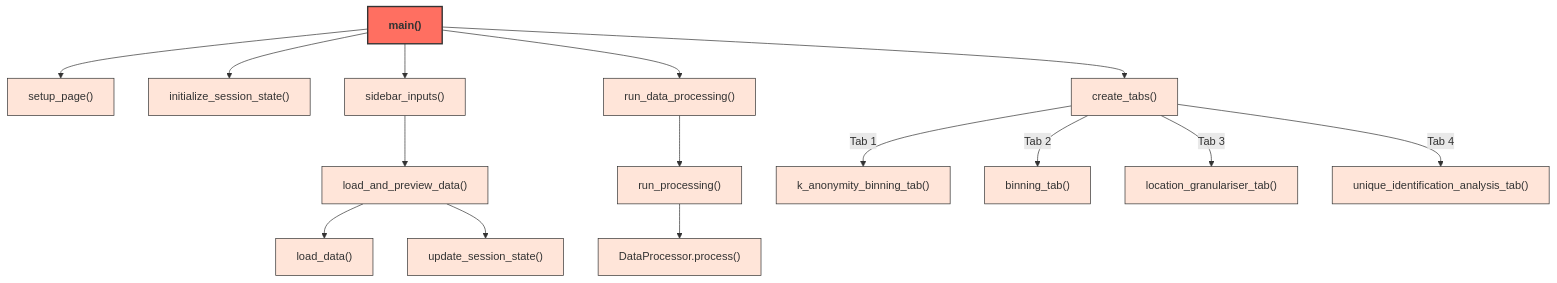
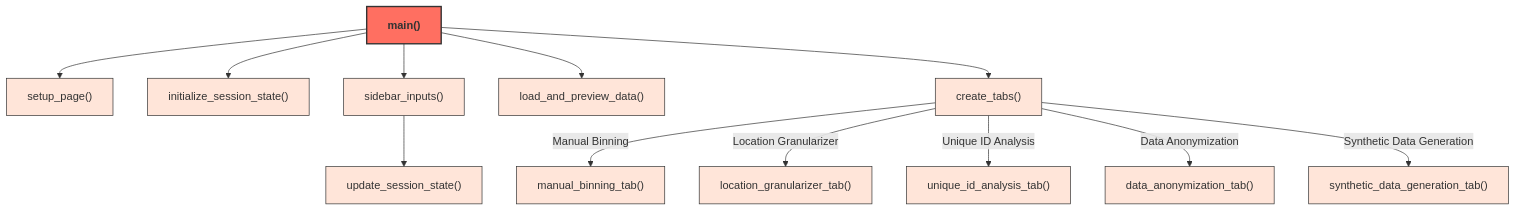
The first of 2 diagrams in README.md (MaLoskins/Deidentification_App), drawn with Mermaid before and after one commit. The commit also changed other lines of this file and 7 other files, not shown here.

Commit message:
Added Synthetic Data set, Updated Anonymizer

````diff
--- a/README.md
+++ b/README.md
@@ -130,28 +73,24 @@
 ```mermaid
 flowchart TD
     %% Define styles for clarity
     classDef mainModule fill:#FF6F61,stroke:#333,stroke-width:2px, font-weight:bold;
     classDef functionStyle fill:#FFE5D9,stroke:#333,stroke-width:1px;
     
     %% Main Application Module
     main["main()"]:::functionStyle --> setup_page["setup_page()"]:::functionStyle
     main --> initialize_session_state["initialize_session_state()"]:::functionStyle
     main --> sidebar_inputs["sidebar_inputs()"]:::functionStyle
-    main --> run_data_processing["run_data_processing()"]:::functionStyle
+    main --> load_and_preview_data["load_and_preview_data()"]:::functionStyle
     main --> create_tabs["create_tabs()"]:::functionStyle
 
-    sidebar_inputs --> load_and_preview_data["load_and_preview_data()"]:::functionStyle
-    load_and_preview_data --> load_data_util["load_data()"]:::functionStyle
-    load_and_preview_data --> update_session_state1["update_session_state()"]:::functionStyle
+    sidebar_inputs --> update_session_state["update_session_state()"]:::functionStyle
 
-    run_data_processing --> run_processing_util["run_processing()"]:::functionStyle
-    run_processing_util --> process["DataProcessor.process()"]:::functionStyle
-
-    create_tabs -->|Tab 1| k_anonymity_binning_tab["k_anonymity_binning_tab()"]:::functionStyle
-    create_tabs -->|Tab 2| binning_tab["binning_tab()"]:::functionStyle
-    create_tabs -->|Tab 3| location_granulariser_tab["location_granulariser_tab()"]:::functionStyle
-    create_tabs -->|Tab 4| unique_identification_analysis_tab["unique_identification_analysis_tab()"]:::functionStyle
+    create_tabs -->|Manual Binning| manual_binning_tab["manual_binning_tab()"]:::functionStyle
+    create_tabs -->|Location Granularizer| location_granularizer_tab["location_granularizer_tab()"]:::functionStyle
+    create_tabs -->|Unique ID Analysis| unique_id_analysis_tab["unique_id_analysis_tab()"]:::functionStyle
+    create_tabs -->|Data Anonymization| data_anonymization_tab["data_anonymization_tab()"]:::functionStyle
+    create_tabs -->|Synthetic Data Generation| synthetic_data_generation_tab["synthetic_data_generation_tab()"]:::functionStyle
 
     class main mainModule;
 
 ```
````
